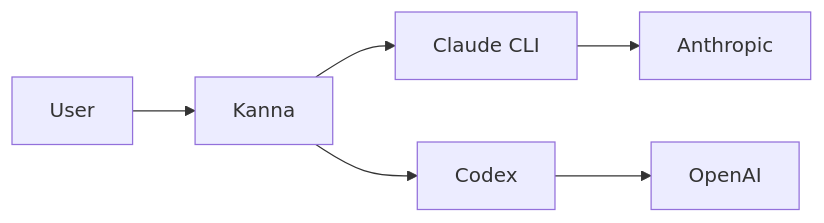
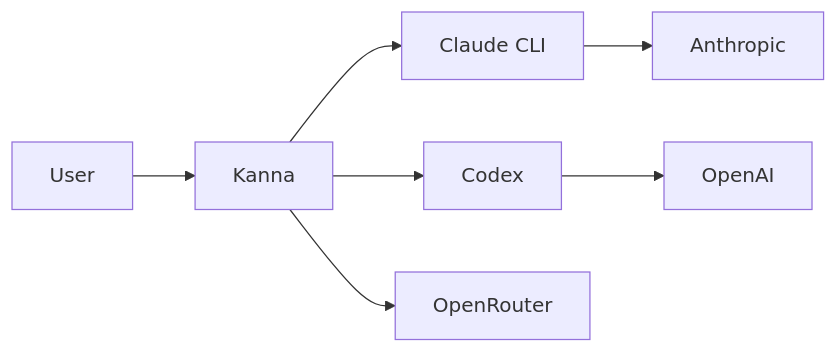
The diagram in wiki/src/content/docs/features/advanced.md (cuongtranba/kanna), drawn with Mermaid before and after one commit. The commit also changed other lines of this file and 9 other files, not shown here.

````diff
--- a/wiki/src/content/docs/features/advanced.md
+++ b/wiki/src/content/docs/features/advanced.md
@@ -32,8 +57,9 @@
 ```mermaid
 graph LR
   User --> Kanna
   Kanna --> ClaudeCLI[Claude CLI]
   Kanna --> Codex
+  Kanna --> OpenRouter
   ClaudeCLI --> Anthropic
   Codex --> OpenAI
 ```
````
